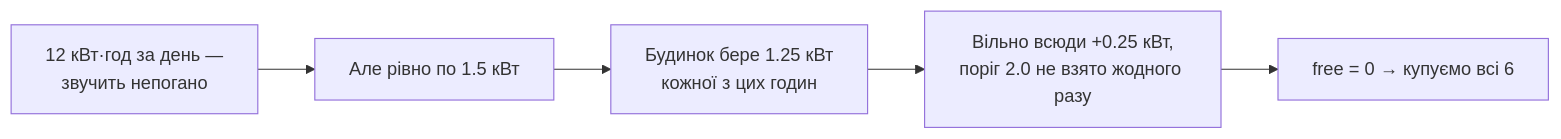
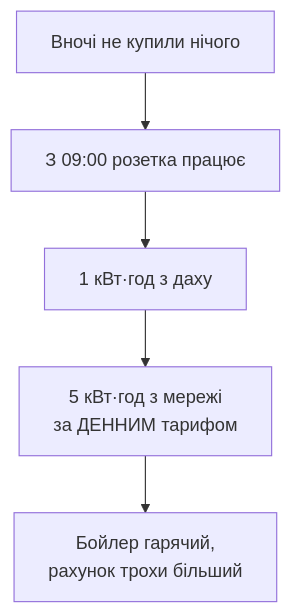
One commit to tochytskyi/smart-solar-energy changed the fifth of 7 diagrams in docs/scenarios.md. Above: the diagram before and after it, drawn with Mermaid. The commit also changed other lines of this file and 19 other files, not shown here.

````diff
--- a/docs/scenarios.md
+++ b/docs/scenarios.md
@@ -144,7 +157,7 @@
 ```mermaid
-flowchart LR
-    A["12 кВт·год за день —<br/>звучить непогано"] --> B["Але рівно по 1.5 кВт"]
-    B --> C["Будинок бере 1.25 кВт<br/>кожної з цих годин"]
-    C --> D["Вільно всюди +0.25 кВт,<br/>поріг 2.0 не взято жодного разу"]
-    D --> E["free = 0 → купуємо всі 6"]
+flowchart TD
+    A["Вночі не купили нічого"] --> B["З 09:00 розетка працює"]
+    B --> C["1 кВт·год з даху"]
+    C --> D["5 кВт·год з мережі<br/>за ДЕННИМ тарифом"]
+    D --> E["Бойлер гарячий,<br/>рахунок трохи більший"]
 ```
````
